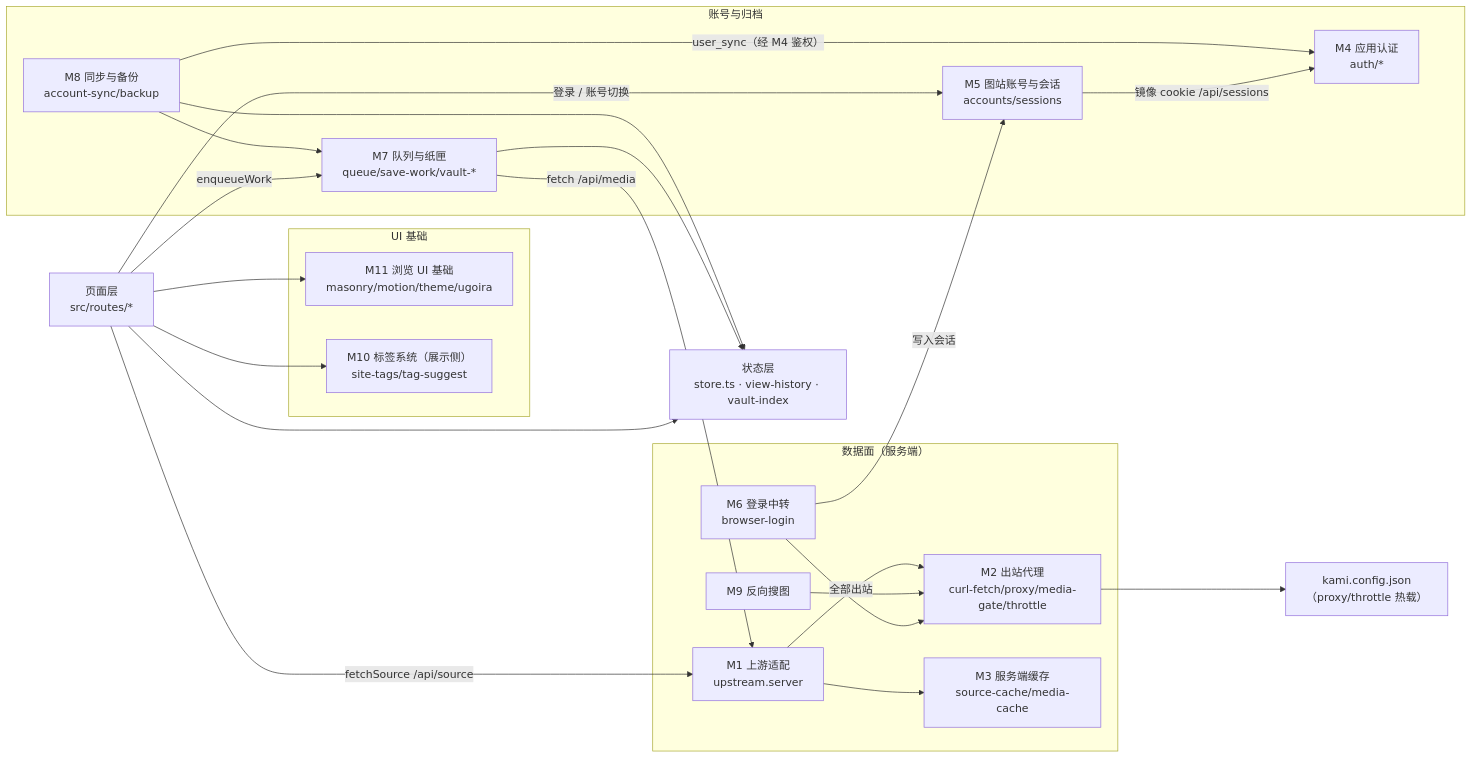
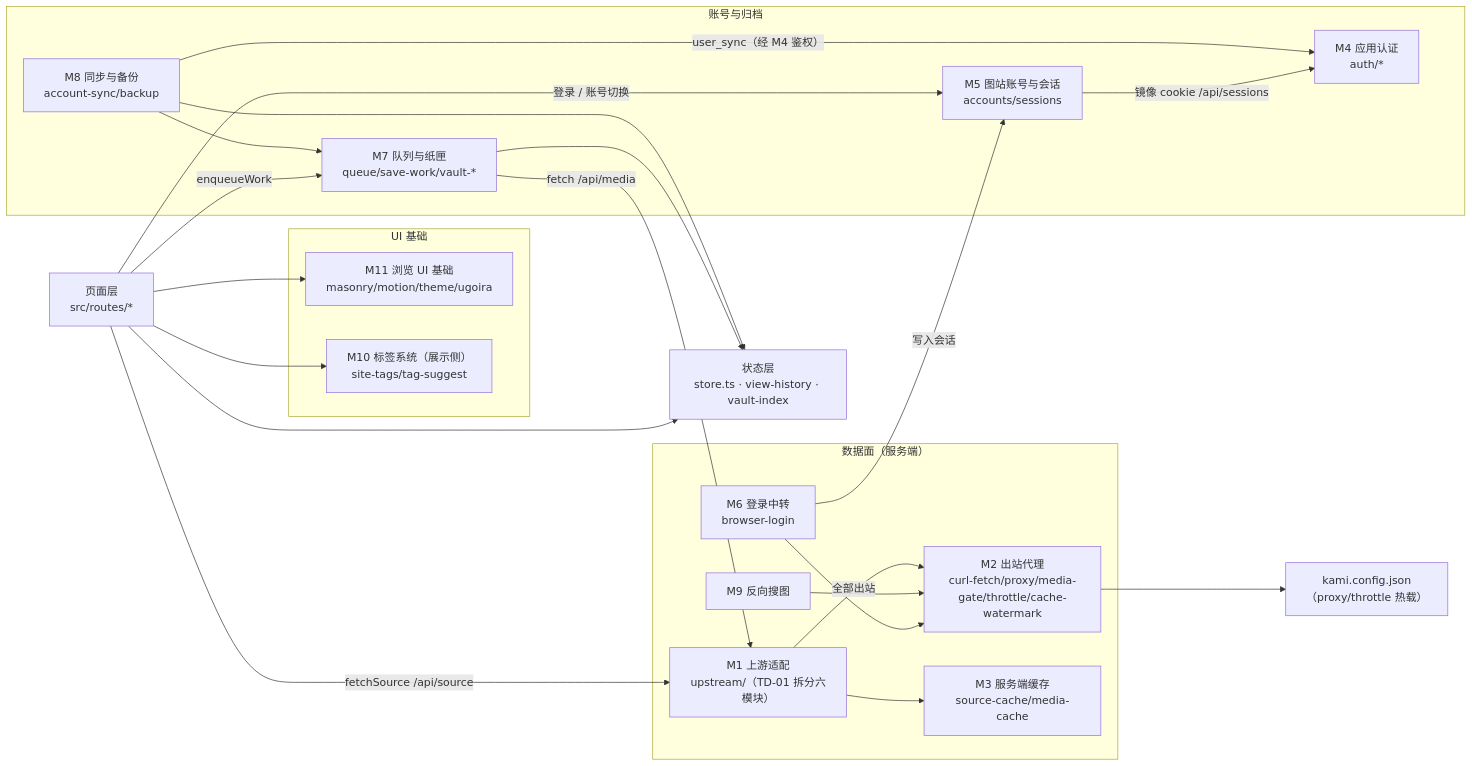
The diagram in docs/diagrams/模块关系图.md (Atsukiizumi/Kami-paperbox), drawn with Mermaid before and after one commit. The commit also changed other lines of this file and 178 other files, not shown here.

Commit message:
docs: 2026-09-11 全量复核回写 docs/00-17 + diagrams（TD 清单、安全、性能、路线口径统一）

````diff
--- a/docs/diagrams/模块关系图.md
+++ b/docs/diagrams/模块关系图.md
@@ -6,43 +6,43 @@
 ```mermaid
 flowchart LR
     pages["页面层<br/>src/routes/*"]
 
     subgraph ui_group["UI 基础"]
         M11["M11 浏览 UI 基础<br/>masonry/motion/theme/ugoira"]
         M10v["M10 标签系统（展示侧）<br/>site-tags/tag-suggest"]
     end
 
     state["状态层<br/>store.ts · view-history · vault-index"]
 
     subgraph data_plane["数据面（服务端）"]
-        M1["M1 上游适配<br/>upstream.server"]
-        M2["M2 出站代理<br/>curl-fetch/proxy/media-gate/throttle"]
+        M1["M1 上游适配<br/>upstream/（TD-01 拆分六模块）"]
+        M2["M2 出站代理<br/>curl-fetch/proxy/media-gate/throttle/cache-watermark"]
         M3["M3 服务端缓存<br/>source-cache/media-cache"]
         M6["M6 登录中转<br/>browser-login"]
         M9["M9 反向搜图"]
     end
 
     subgraph account_plane["账号与归档"]
         M4["M4 应用认证<br/>auth/*"]
         M5["M5 图站账号与会话<br/>accounts/sessions"]
         M7["M7 队列与纸匣<br/>queue/save-work/vault-*"]
         M8["M8 同步与备份<br/>account-sync/backup"]
     end
 
     pages --> M11 & M10v & state
     pages -->|"fetchSource /api/source"| M1
     pages -->|"enqueueWork"| M7
     pages -->|"登录 / 账号切换"| M5
     M6 -->|"写入会话"| M5
     M6 --> M2
     M5 -->|"镜像 cookie /api/sessions"| M4
     M7 -->|"fetch /api/media"| M1
     M7 --> state
     M8 --> state
     M8 -->|"user_sync（经 M4 鉴权）"| M4
     M8 --> M7
     M9 --> M2
     M1 -->|"全部出站"| M2
     M1 --> M3
     M2 --> config["kami.config.json<br/>（proxy/throttle 热载）"]
 ```
````
